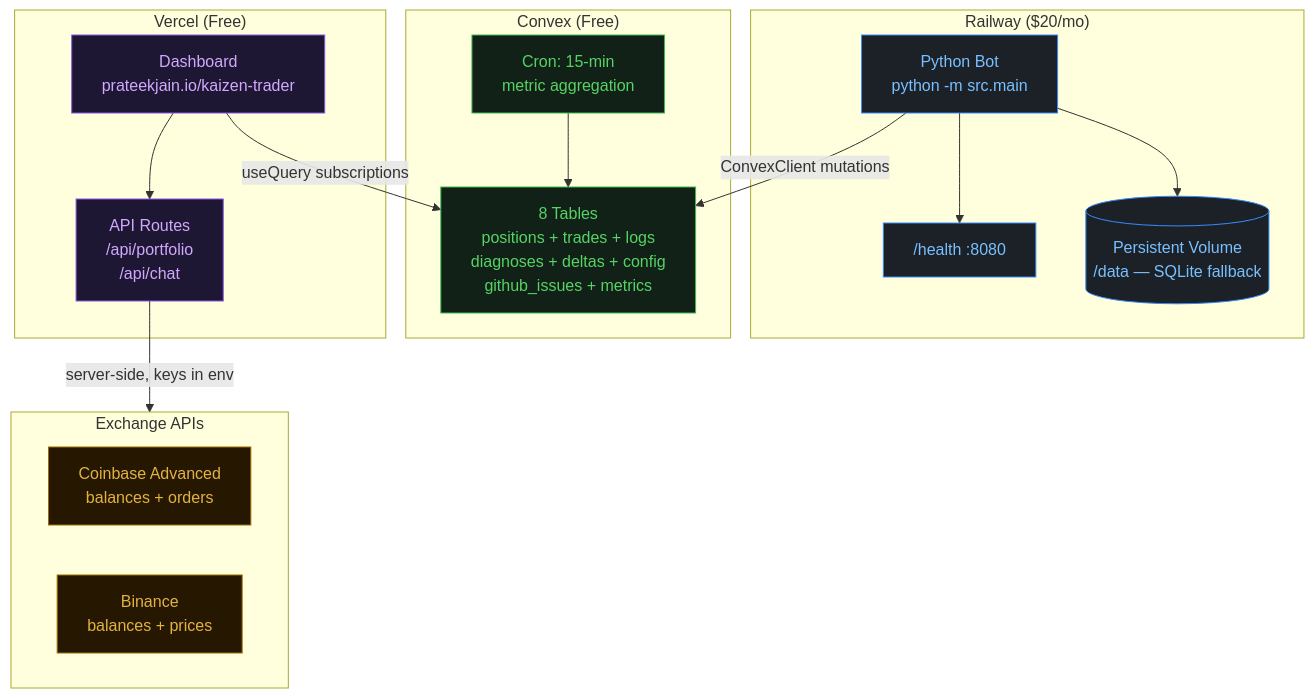
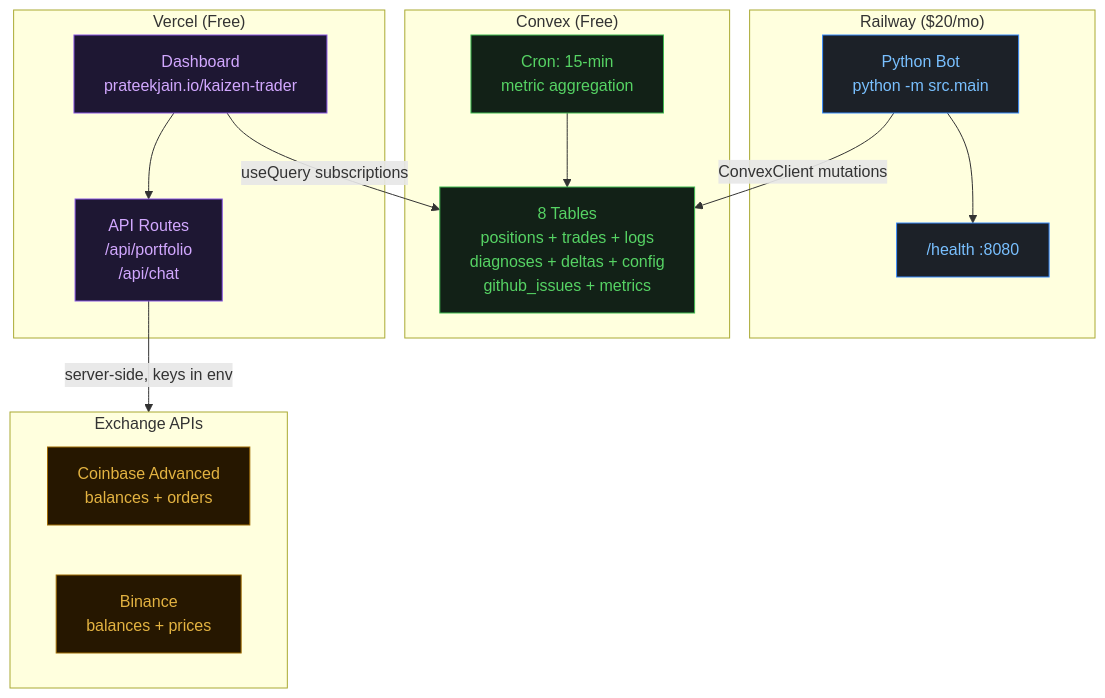
One commit to prateekjain98/kaizen-trader changed the second of 3 diagrams in docs/architecture.md. Above: the diagram before and after it, drawn with Mermaid. The commit also changed other lines of this file and 22 other files, not shown here.

````diff
--- a/docs/architecture.md
+++ b/docs/architecture.md
@@ -75,41 +73,39 @@
 ```mermaid
 flowchart TB
     subgraph railway["Railway ($20/mo)"]
         BOT["Python Bot\npython -m src.main"]
         HEALTH["/health :8080"]
-        VOL[("Persistent Volume\n/data — SQLite fallback")]
         BOT --> HEALTH
-        BOT --> VOL
     end
 
     subgraph convex["Convex (Free)"]
         TABLES["8 Tables\npositions + trades + logs\ndiagnoses + deltas + config\ngithub_issues + metrics"]
         CRON["Cron: 15-min\nmetric aggregation"]
     end
 
     subgraph vercel["Vercel (Free)"]
         DASH["Dashboard\nprateekjain.io/kaizen-trader"]
         API["API Routes\n/api/portfolio\n/api/chat"]
     end
 
     subgraph exchanges["Exchange APIs"]
         CB_API["Coinbase Advanced\nbalances + orders"]
         BN_API["Binance\nbalances + prices"]
     end
 
     BOT -->|"ConvexClient mutations"| TABLES
     CRON --> TABLES
     DASH -->|"useQuery subscriptions"| TABLES
     API -->|"server-side, keys in env"| exchanges
     DASH --> API
 
     classDef infra fill:#1c2128,stroke:#388bfd,color:#79c0ff
     classDef db fill:#122117,stroke:#3fb950,color:#56d364
     classDef web fill:#1e1733,stroke:#8957e5,color:#d2a8ff
     classDef ext fill:#261700,stroke:#9e6a03,color:#e3b341
 
-    class BOT,HEALTH,VOL infra
+    class BOT,HEALTH infra
     class TABLES,CRON db
     class DASH,API web
     class CB_API,BN_API ext
 ```
````
